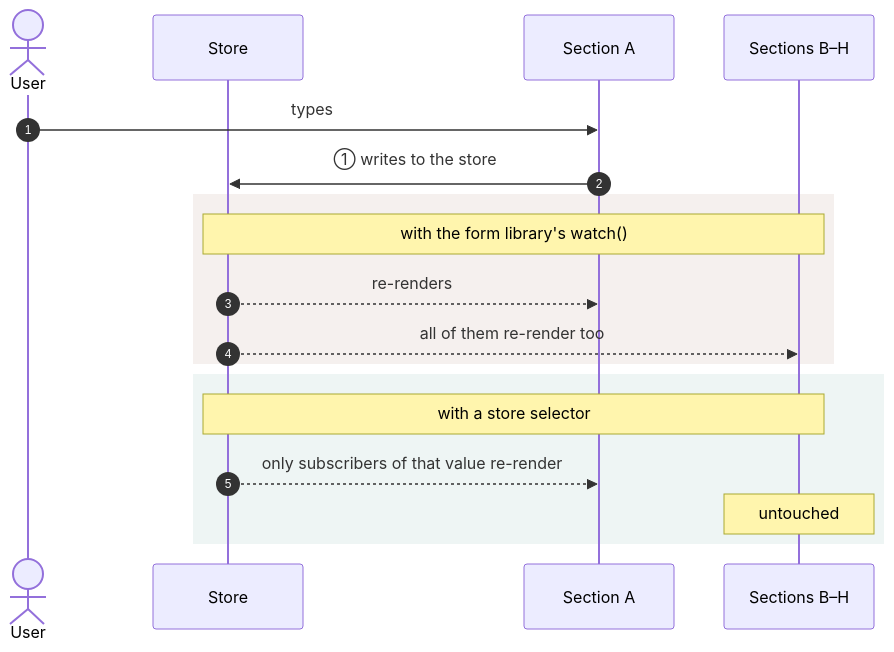
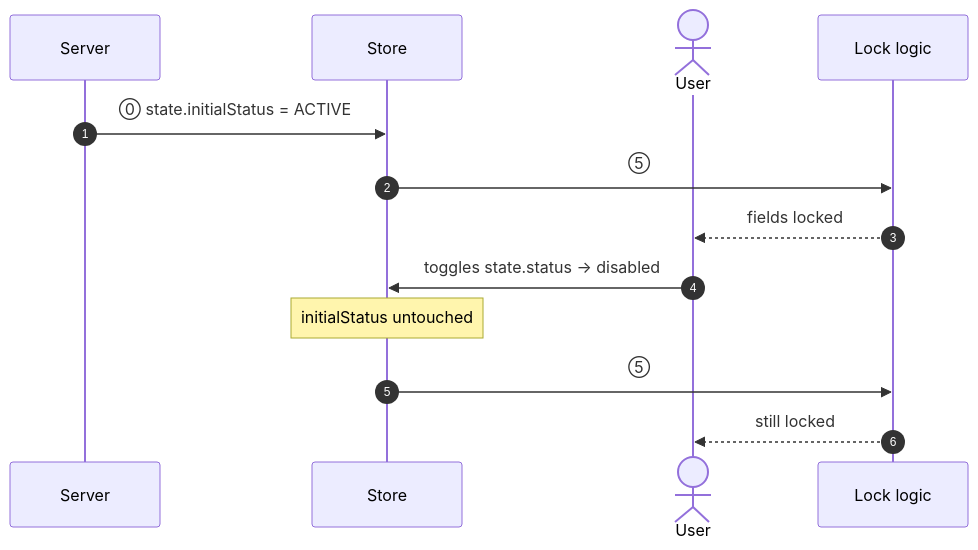
Before and after one commit to jadecubes/multi-party-state-sync: the seventh of 9 diagrams in README.md, drawn with Mermaid. The commit also changed other lines of this file, not shown here.

First line of the commit message:
docs: reshape into question, statement, diagram

````diff
--- a/README.md
+++ b/README.md
@@ -149,23 +151,16 @@
 ```mermaid
 sequenceDiagram
     autonumber
+    participant API as Server
+    participant S as Store
     actor U as User
-    participant S as Store
-    participant A as Section A
-    participant B as Sections B–H
+    participant L as Lock logic
 
-    U->>A: types
-    A->>S: ① writes to the store
-
-    rect rgb(245,240,238)
-    Note over S,B: with the form library's watch()
-    S-->>A: re-renders
-    S-->>B: all of them re-render too
-    end
-
-    rect rgb(238,245,244)
-    Note over S,B: with a store selector
-    S-->>A: only subscribers of that value re-render
-    Note over B: untouched
-    end
+    API->>S: ⓪ state.initialStatus = ACTIVE
+    S->>L: ⑤
+    L-->>U: fields locked
+    U->>S: toggles state.status → disabled
+    Note over S: initialStatus untouched
+    S->>L: ⑤
+    L-->>U: still locked
 ```
````
